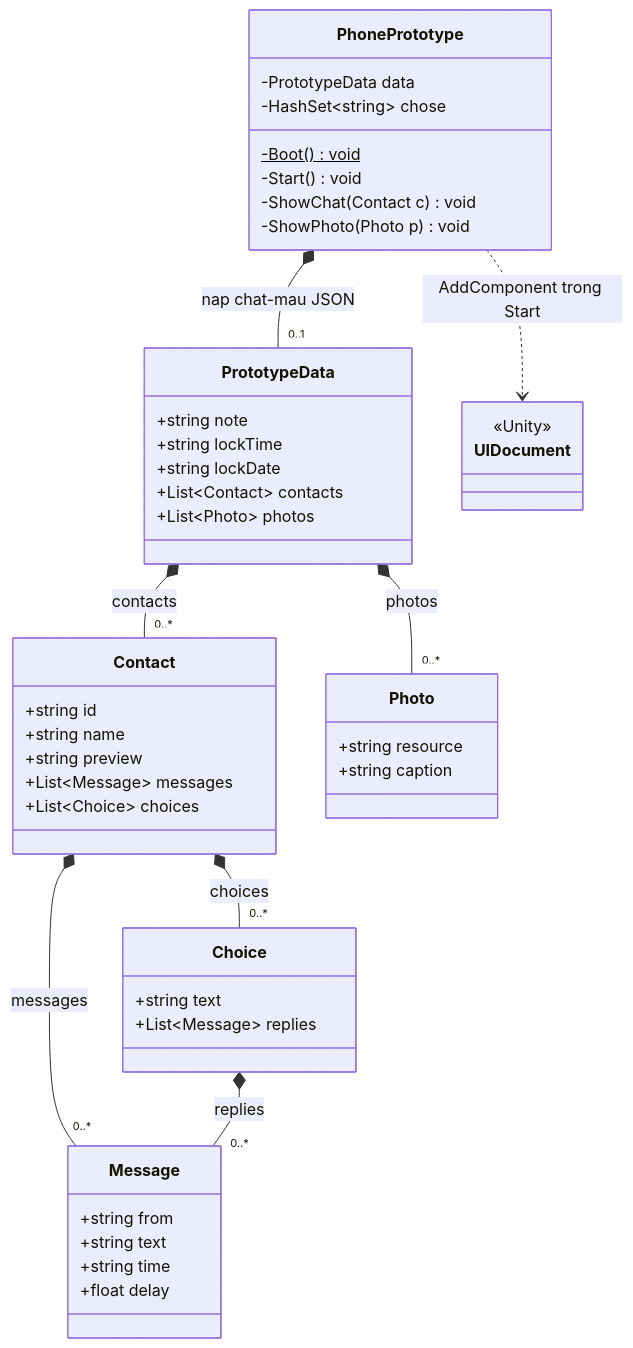
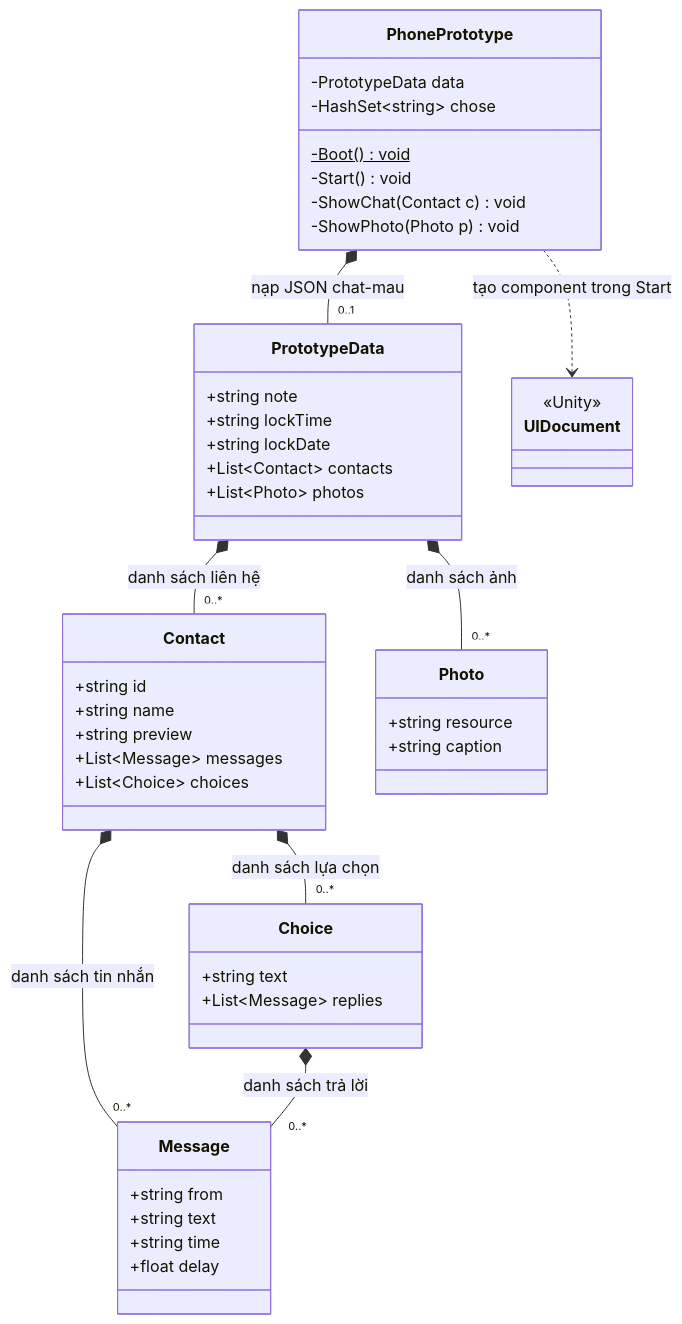
Before and after one commit to qivarnq3g/3-gio-12: the fourth of 5 diagrams in docs/thiet-ke/luoc-do-lop-game.md, drawn with Mermaid. The commit also changed other lines of this file, not shown here.

````diff
--- a/docs/thiet-ke/luoc-do-lop-game.md
+++ b/docs/thiet-ke/luoc-do-lop-game.md
@@ -256,50 +256,50 @@
 ```mermaid
 classDiagram
     direction TB
     class PhonePrototype {
         -PrototypeData data
         -HashSet~string~ chose
         -Boot() void$
         -Start() void
         -ShowChat(Contact c) void
         -ShowPhoto(Photo p) void
     }
     class PrototypeData {
         +string note
         +string lockTime
         +string lockDate
         +List~Contact~ contacts
         +List~Photo~ photos
     }
     class Contact {
         +string id
         +string name
         +string preview
         +List~Message~ messages
         +List~Choice~ choices
     }
     class Message {
         +string from
         +string text
         +string time
         +float delay
     }
     class Choice {
         +string text
         +List~Message~ replies
     }
     class Photo {
         +string resource
         +string caption
     }
     class UIDocument {
         <<Unity>>
     }
-    PhonePrototype *-- "0..1" PrototypeData : nap chat-mau JSON
-    PhonePrototype ..> UIDocument : AddComponent trong Start
-    PrototypeData *-- "0..*" Contact : contacts
-    PrototypeData *-- "0..*" Photo : photos
-    Contact *-- "0..*" Message : messages
-    Contact *-- "0..*" Choice : choices
-    Choice *-- "0..*" Message : replies
+    PhonePrototype *-- "0..1" PrototypeData : nạp JSON chat-mau
+    PhonePrototype ..> UIDocument : tạo component trong Start
+    PrototypeData *-- "0..*" Contact : danh sách liên hệ
+    PrototypeData *-- "0..*" Photo : danh sách ảnh
+    Contact *-- "0..*" Message : danh sách tin nhắn
+    Contact *-- "0..*" Choice : danh sách lựa chọn
+    Choice *-- "0..*" Message : danh sách trả lời
 ```
````
